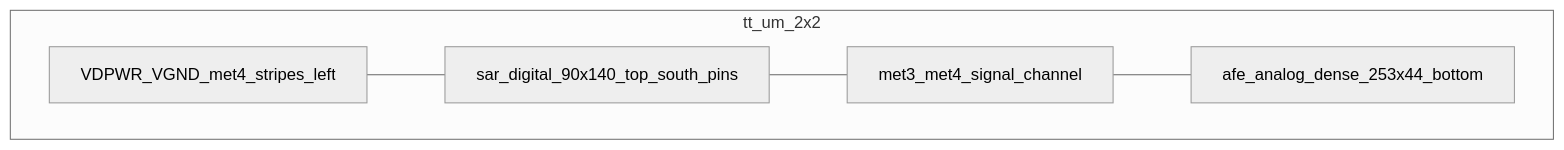
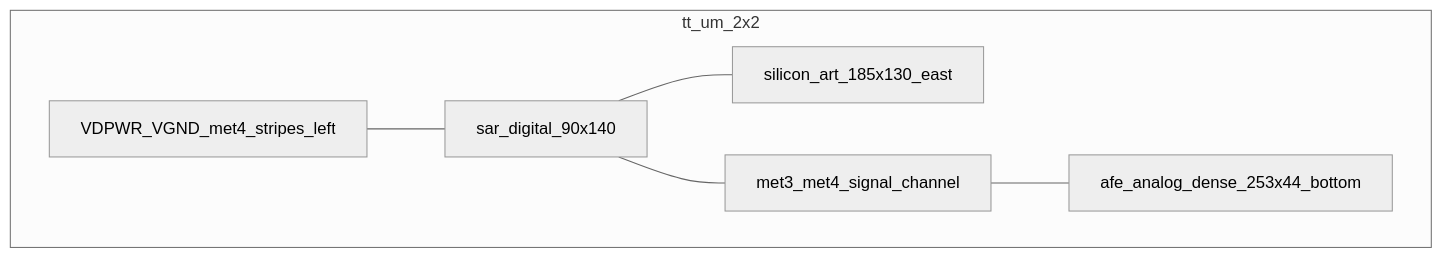
The sixth of 6 diagrams in docs/ARCHITECTURE.md (davidbroughsmyth/heart_monitor_adc_art_ttsky26c), drawn with Mermaid (neutral theme) before and after one commit. The commit also changed other lines of this file and 8 other files, not shown here.

First line of the commit message:
docs: document silicon art and art-fork status on demoboard path

````diff
--- a/docs/ARCHITECTURE.md
+++ b/docs/ARCHITECTURE.md
@@ -172,12 +172,14 @@
 ```mermaid
 flowchart TB
   subgraph tile [tt_um_2x2]
     pwr[VDPWR_VGND_met4_stripes_left]
-    digR[sar_digital_90x140_top_south_pins]
+    digR[sar_digital_90x140]
+    artR[silicon_art_185x130_east]
     chan[met3_met4_signal_channel]
     afeR[afe_analog_dense_253x44_bottom]
   end
   pwr --- digR
+  digR --- artR
   digR --- chan
   chan --- afeR
 ```
````
